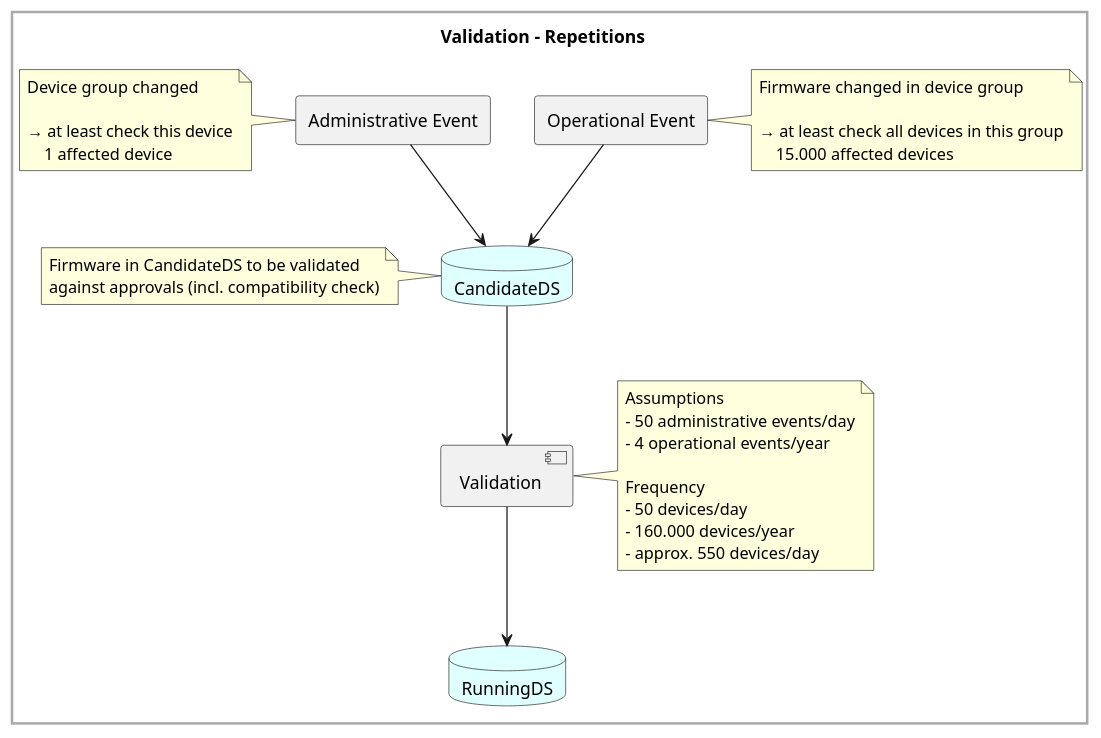
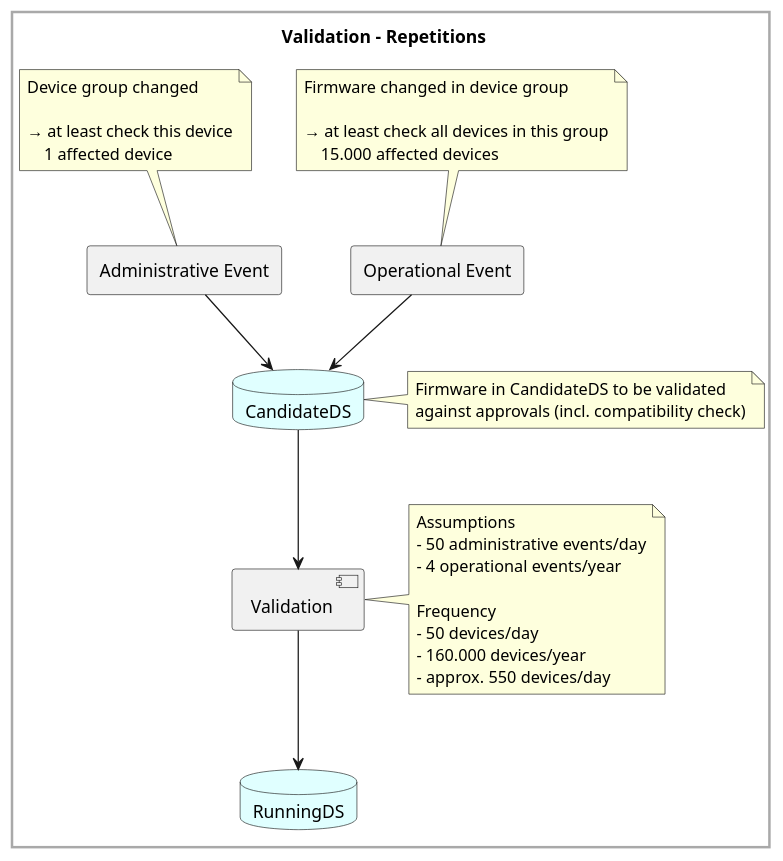
The diagram in spec/additionalDocumentation/InformationStructure/diagrams/04_validationRepetitions.plantuml (kmohr-soprasteria/FirmWareManager), drawn with PlantUML before and after one commit. The commit also changed 1 other file, not shown here.

```diff
--- a/spec/additionalDocumentation/InformationStructure/diagrams/04_validationRepetitions.plantuml
+++ b/spec/additionalDocumentation/InformationStructure/diagrams/04_validationRepetitions.plantuml
@@ -1,54 +1,54 @@
 @startuml 04_validationRepetitions
 
 skinparam BackgroundColor White
 skinparam DiagramBorderColor DarkGray
 skinparam DiagramBorderThickness 2
 
 title Validation - Repetitions
 
 
 rectangle "Administrative Event" as Admin
 rectangle "Operational Event" as Oper
 database CandidateDS #E0FFFF
 database RunningDS #E0FFFF
 component Validation
 
 
 Admin --> CandidateDS
 Oper --> CandidateDS
 
 CandidateDS --> Validation
 Validation --> RunningDS 
 
-note left of CandidateDS
+note right of CandidateDS
   Firmware in CandidateDS to be validated
   against approvals (incl. compatibility check)
 end note
 
 
-note left of Admin
+note top of Admin
   Device group changed
   
   → at least check this device
       1 affected device
 end note
 
-note right of Oper
+note top of Oper
   Firmware changed in device group
 
   → at least check all devices in this group
       15.000 affected devices
 end note
 
 note right of Validation
     Assumptions
     - 50 administrative events/day
     - 4 operational events/year
 
     Frequency
     - 50 devices/day
     - 160.000 devices/year
     - approx. 550 devices/day
 end note
 
 @enduml
```
